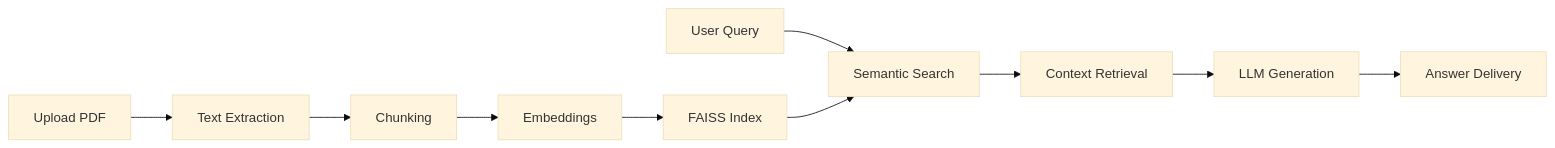
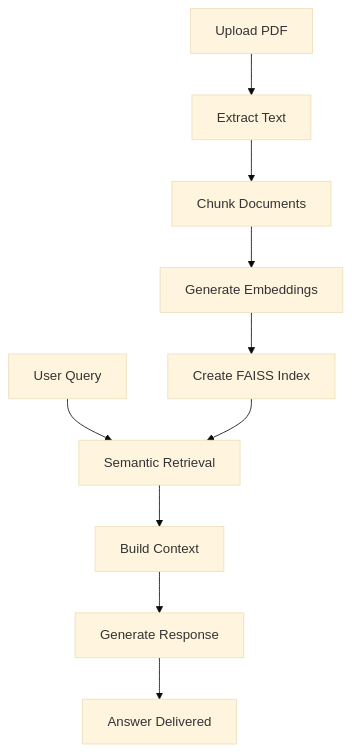
One commit to Ashrith-3108/KnowledgeForage-AI changed the diagram in README.md. Above: the diagram before and after it, drawn with Mermaid (base theme). The commit also changed other lines of this file, not shown here.

````diff
--- a/README.md
+++ b/README.md
@@ -147,16 +154,23 @@
 ```mermaid
-flowchart LR
+flowchart TD
 
-A[Upload PDF] --> B[Text Extraction]
-B --> C[Chunking]
-C --> D[Embeddings]
-D --> E[FAISS Index]
+A[Upload PDF]
+--> B[Extract Text]
 
-Q[User Query] --> F[Semantic Search]
+B --> C[Chunk Documents]
 
-E --> F
+C --> D[Generate Embeddings]
 
-F --> G[Context Retrieval]
-G --> H[LLM Generation]
-H --> I[Answer Delivery]
+D --> E[Create FAISS Index]
+
+F[User Query]
+--> G[Semantic Retrieval]
+
+E --> G
+
+G --> H[Build Context]
+
+H --> I[Generate Response]
+
+I --> J[Answer Delivered]
 ```
````
